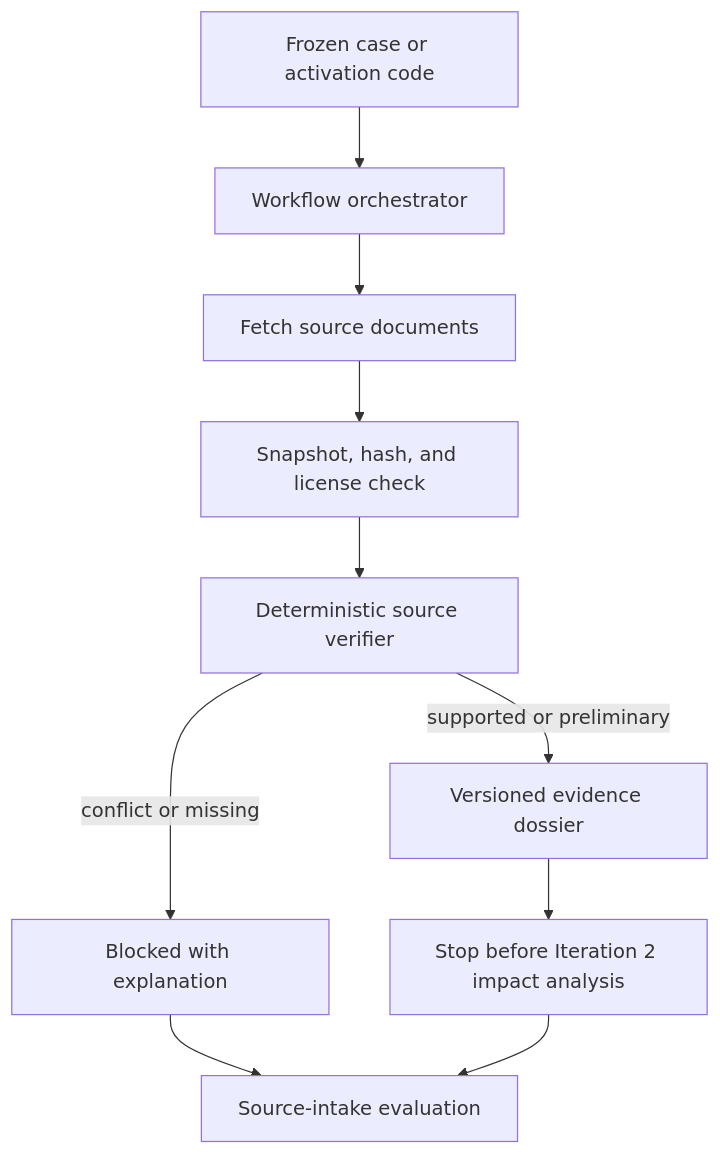
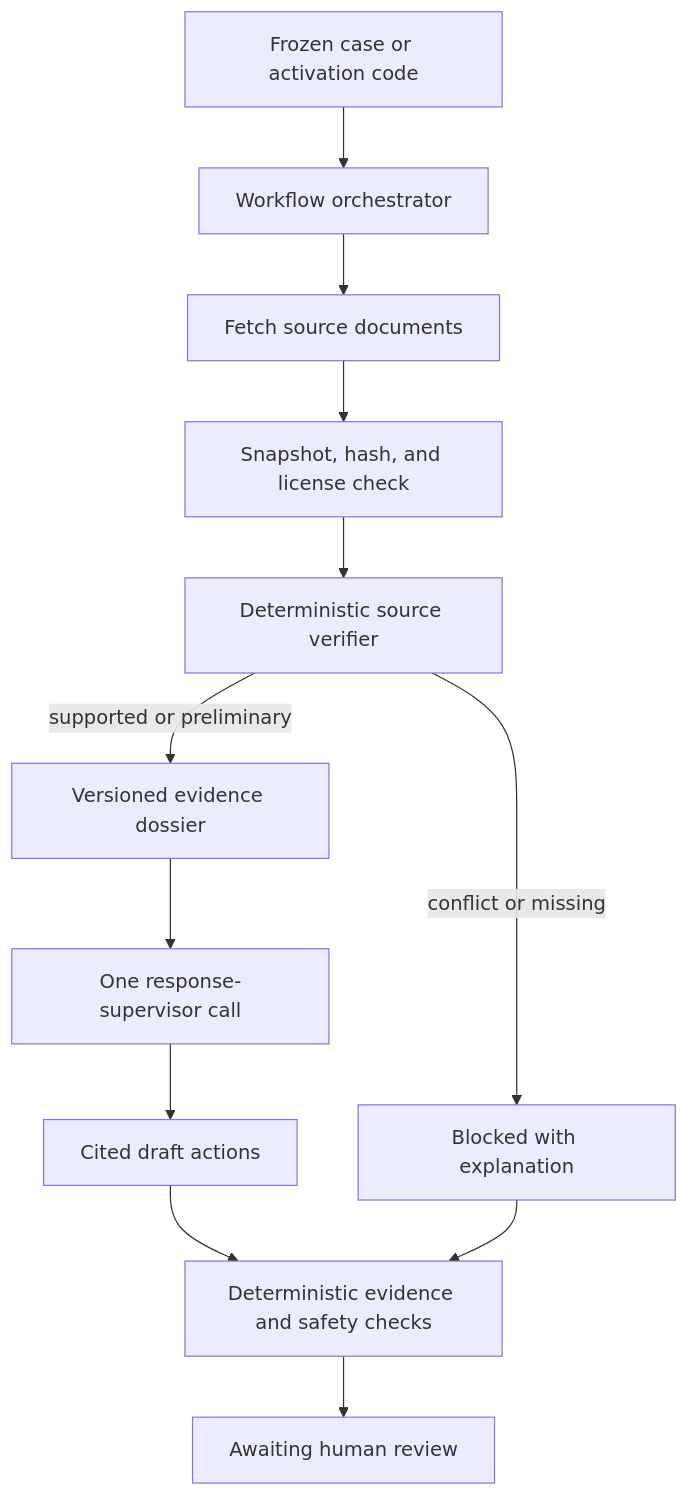
Before and after one commit to 0x-genesys/Climate-Cascade-Response-Agent: the third of 7 diagrams in docs/architecture/ADR-0001-iterative-agentic-architecture.md, drawn with Mermaid. The commit also changed other lines of this file and 28 other files, not shown here.

Commit message:
Complete iteration 1 response review workflow

````diff
--- a/docs/architecture/ADR-0001-iterative-agentic-architecture.md
+++ b/docs/architecture/ADR-0001-iterative-agentic-architecture.md
@@ -104,12 +104,14 @@
 ```mermaid
 flowchart TD
   C["Frozen case or activation code"] --> O["Workflow orchestrator"]
   O --> F["Fetch source documents"]
   F --> S["Snapshot, hash, and license check"]
   S --> V["Deterministic source verifier"]
   V -->|"supported or preliminary"| D["Versioned evidence dossier"]
   V -->|"conflict or missing"| B["Blocked with explanation"]
-  D --> X["Stop before Iteration 2 impact analysis"]
-  B --> E["Source-intake evaluation"]
-  X --> E
+  D --> R["One response-supervisor call"]
+  R --> A["Cited draft actions"]
+  A --> E["Deterministic evidence and safety checks"]
+  E --> H["Awaiting human review"]
+  B --> E
 ```
````
